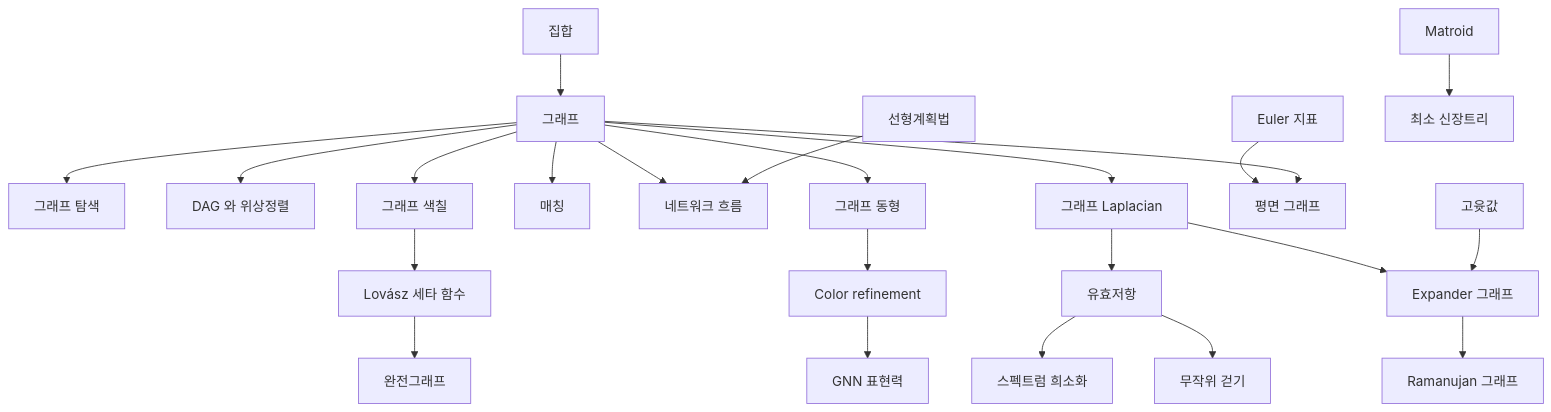
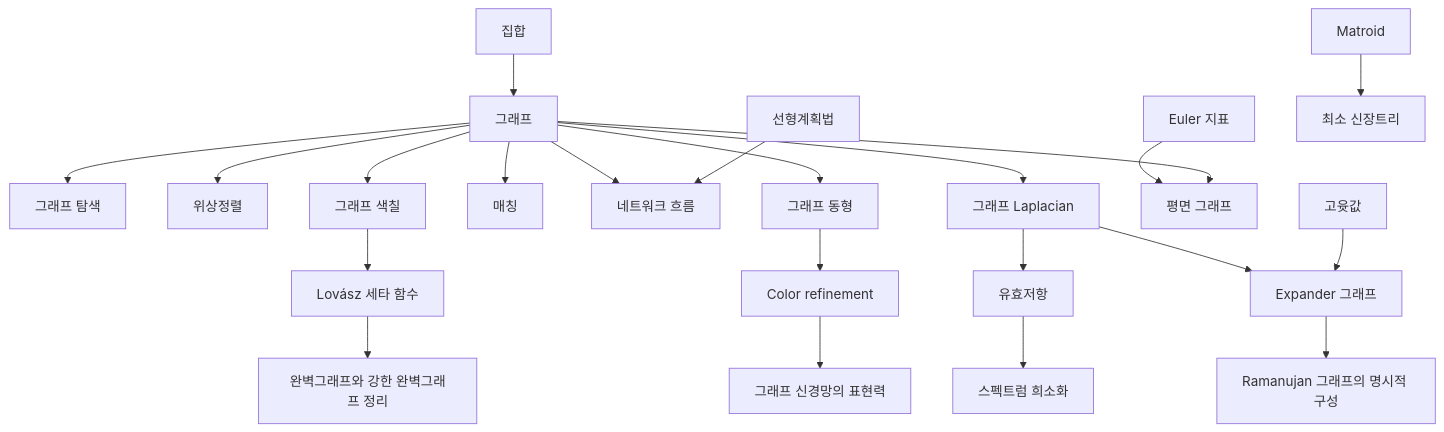
The diagram in docs/graph-theory-overview.md (Phryxia/math-map), drawn with Mermaid before and after one commit. The commit also changed other lines of this file, not shown here.

First line of the commit message:
rewrite the branches of graph-theory-overview as a reading order (queue 7565e952)

````diff
--- a/docs/graph-theory-overview.md
+++ b/docs/graph-theory-overview.md
@@ -13,25 +13,24 @@
 ```mermaid
 graph TD
   ST["집합"] --> GR["그래프"]
   GR --> GS2["그래프 탐색"]
-  GR --> DG["DAG 와 위상정렬"]
+  GR --> DG["위상정렬"]
   GR --> GC["그래프 색칠"]
   GR --> MA["매칭"]
   GR --> NF["네트워크 흐름"]
   GR --> GI["그래프 동형"]
   GR --> GL["그래프 Laplacian"]
   EC["Euler 지표"] --> PG["평면 그래프"]
   GR --> PG
   LP["선형계획법"] --> NF
   GC --> LT["Lovász 세타 함수"]
-  LT --> PF["완전그래프"]
+  LT --> PF["완벽그래프와 강한 완벽그래프 정리"]
   GI --> CR["Color refinement"]
-  CR --> GN["GNN 표현력"]
+  CR --> GN["그래프 신경망의 표현력"]
   MT["Matroid"] --> MS["최소 신장트리"]
   GL --> ER["유효저항"]
   GL --> EG["Expander 그래프"]
   EV["고윳값"] --> EG
   ER --> SS["스펙트럼 희소화"]
-  ER --> RW["무작위 걷기"]
-  EG --> RG["Ramanujan 그래프"]
+  EG --> RG["Ramanujan 그래프의 명시적 구성"]
 ```
````
